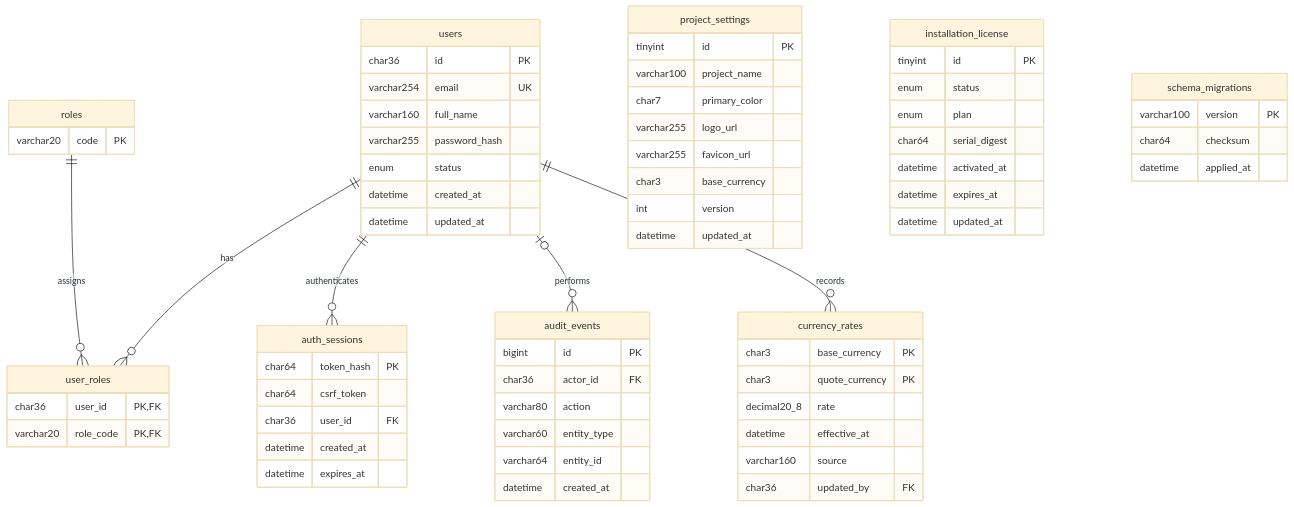
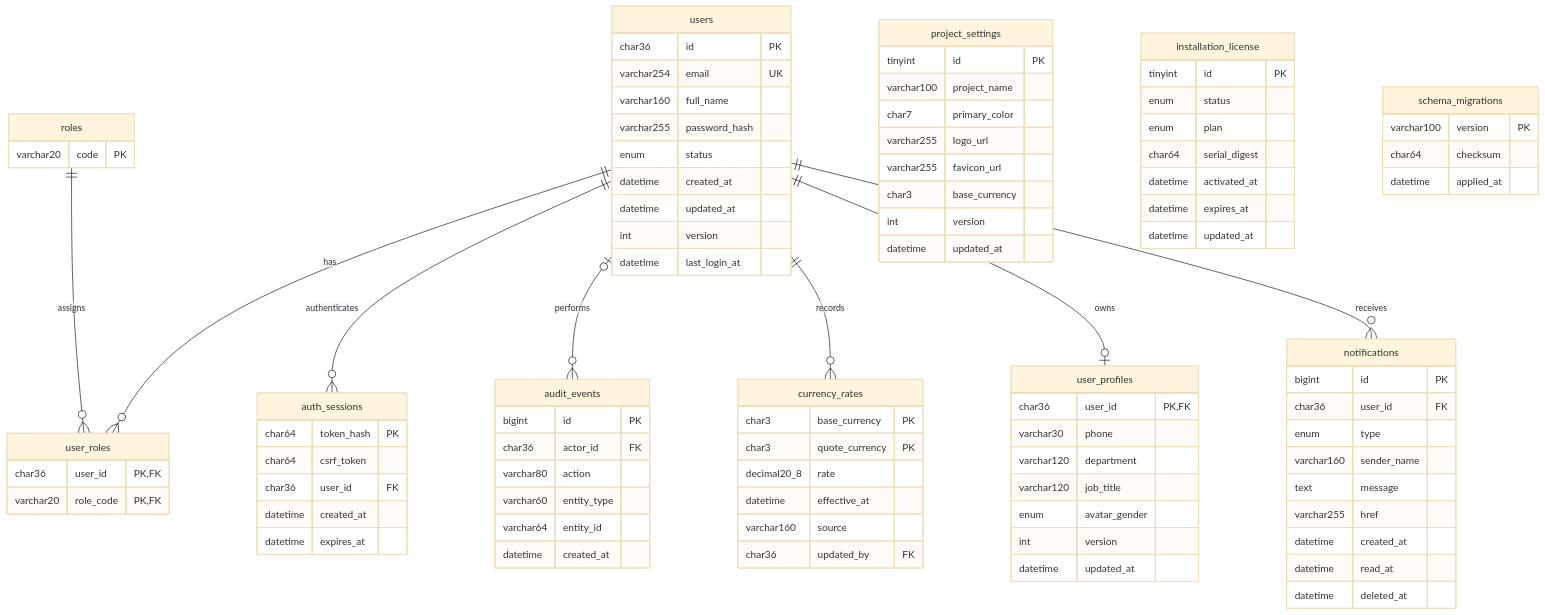
Before and after one commit to diPencil/travneeds-crm: the first of 3 diagrams in docs/ERD.md, drawn with Mermaid (base theme). The commit also changed other lines of this file and 243 other files, not shown here.

```diff
--- a/docs/ERD.md
+++ b/docs/ERD.md
@@ -11,6 +11,8 @@
   users ||--o{ auth_sessions : authenticates
   users o|--o{ audit_events : performs
   users ||--o{ currency_rates : records
+  users ||--o| user_profiles : owns
+  users ||--o{ notifications : receives
 
   users {
     char36 id PK
@@ -20,6 +22,8 @@
     enum status
     datetime created_at
     datetime updated_at
+    int version
+    datetime last_login_at
   }
   roles {
     varchar20 code PK
@@ -70,6 +74,26 @@
     datetime expires_at
     datetime updated_at
   }
+  user_profiles {
+    char36 user_id PK,FK
+    varchar30 phone
+    varchar120 department
+    varchar120 job_title
+    enum avatar_gender
+    int version
+    datetime updated_at
+  }
+  notifications {
+    bigint id PK
+    char36 user_id FK
+    enum type
+    varchar160 sender_name
+    text message
+    varchar255 href
+    datetime created_at
+    datetime read_at
+    datetime deleted_at
+  }
   schema_migrations {
     varchar100 version PK
     char64 checksum
```
